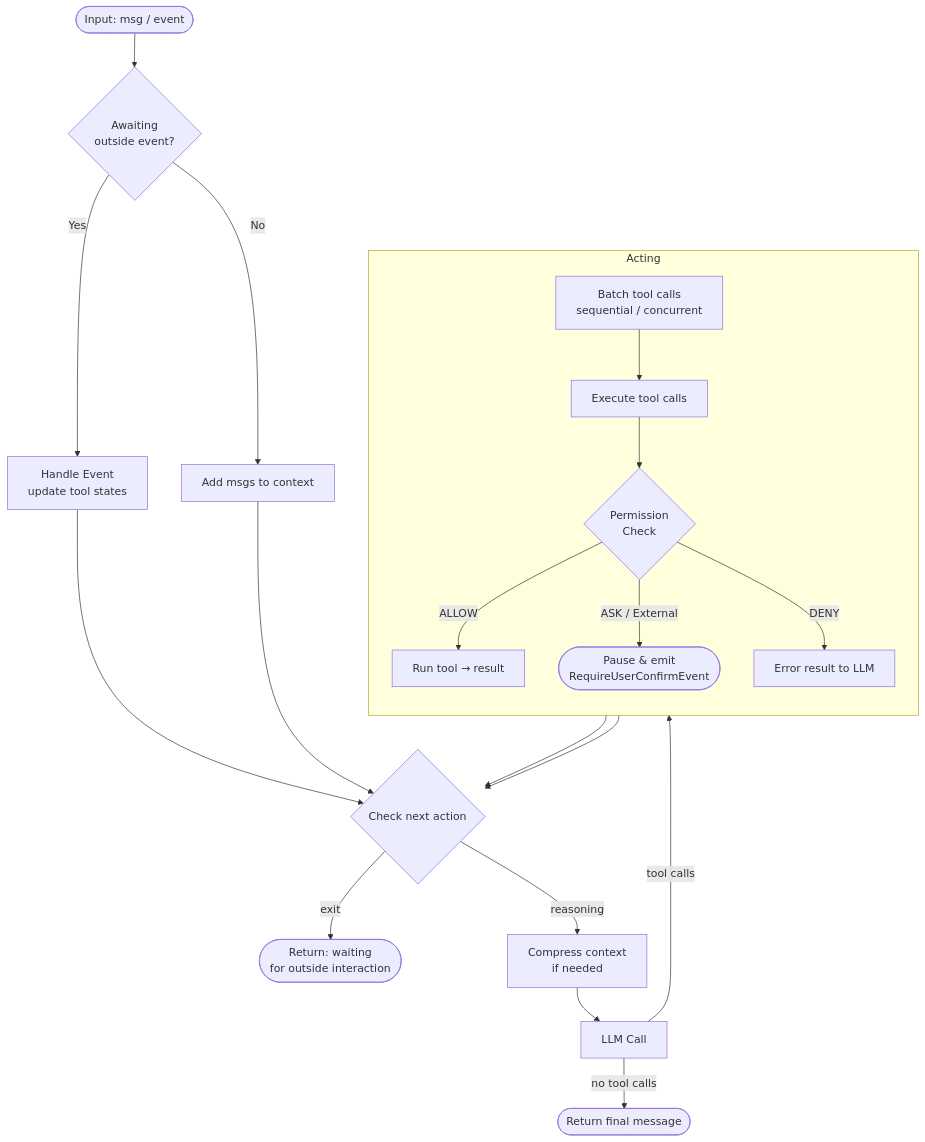
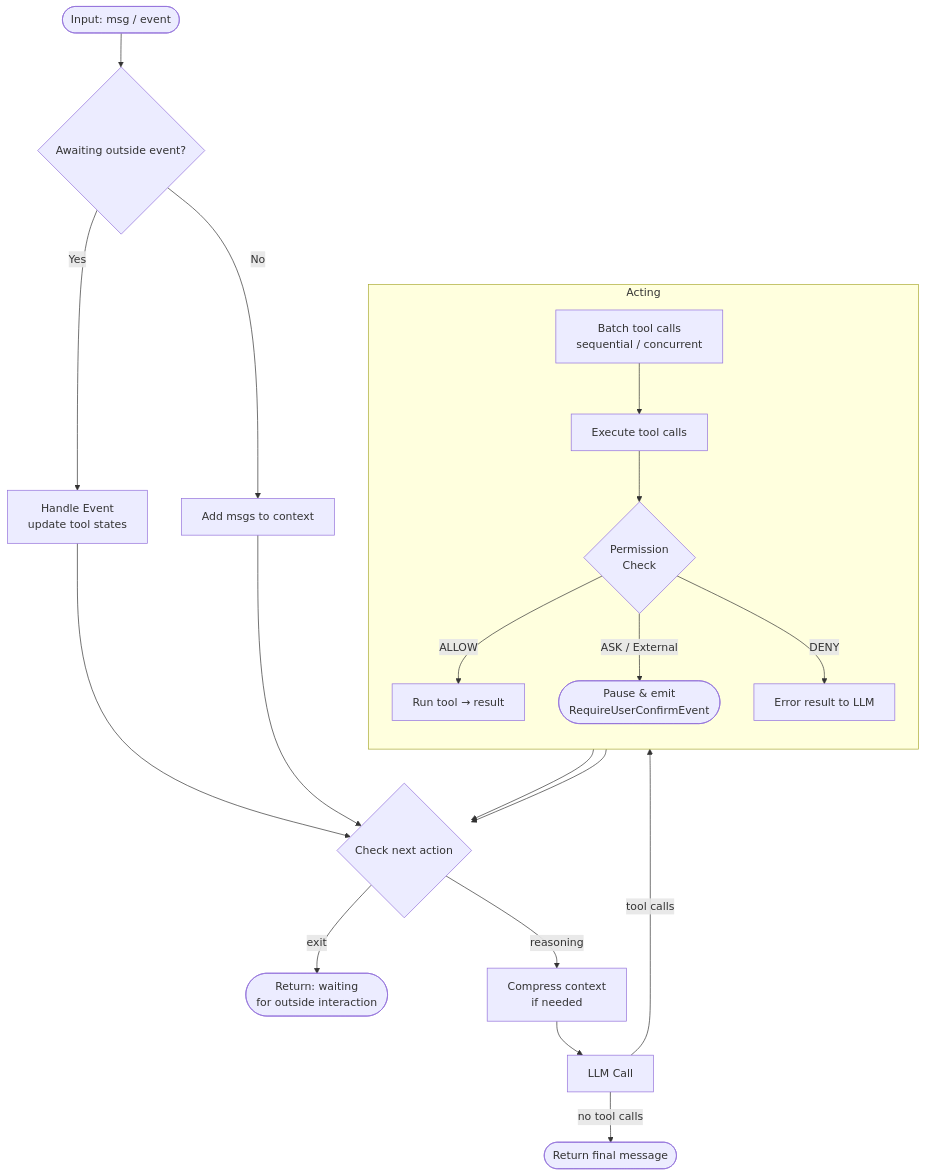
One commit to Osier-Yi/docs changed the diagram in versions/2.0.3dev/en/building-blocks/agent.mdx. Above: the diagram before and after it, drawn with Mermaid. The commit also changed other lines of this file and 7 other files, not shown here.

````diff
--- a/versions/2.0.3dev/en/building-blocks/agent.mdx
+++ b/versions/2.0.3dev/en/building-blocks/agent.mdx
@@ -32,26 +32,26 @@
 ```mermaid
 flowchart TD
-    A([Input: msg / event]) --> B{Awaiting\noutside event?}
-    B -- Yes --> C[Handle Event\nupdate tool states]
+    A([Input: msg / event]) --> B{Awaiting outside event?}
+    B -- Yes --> C[Handle Event<br/>update tool states]
     B -- No --> D[Add msgs to context]
     C --> E
     D --> E
 
-    E{Check next action} -- exit --> F([Return: waiting\nfor outside interaction])
-    E -- reasoning --> G[Compress context\nif needed]
+    E{Check next action} -- exit --> F([Return: waiting<br/>for outside interaction])
+    E -- reasoning --> G[Compress context<br/>if needed]
     G --> H[LLM Call]
     H -- no tool calls --> I([Return final message])
     H -- tool calls --> Acting
 
     subgraph Acting [Acting]
         direction TB
-        J[Batch tool calls\nsequential / concurrent] --> L[Execute tool calls]
-        L --> M{Permission\nCheck}
+        J[Batch tool calls<br/>sequential / concurrent] --> L[Execute tool calls]
+        L --> M{Permission<br/>Check}
         M -- ALLOW --> N[Run tool → result]
-        M -- ASK / External --> O([Pause & emit\nRequireUserConfirmEvent])
+        M -- ASK / External --> O([Pause & emit<br/>RequireUserConfirmEvent])
         M -- DENY --> P[Error result to LLM]
     end
 
     N --> E
     P --> E
 ```
````
